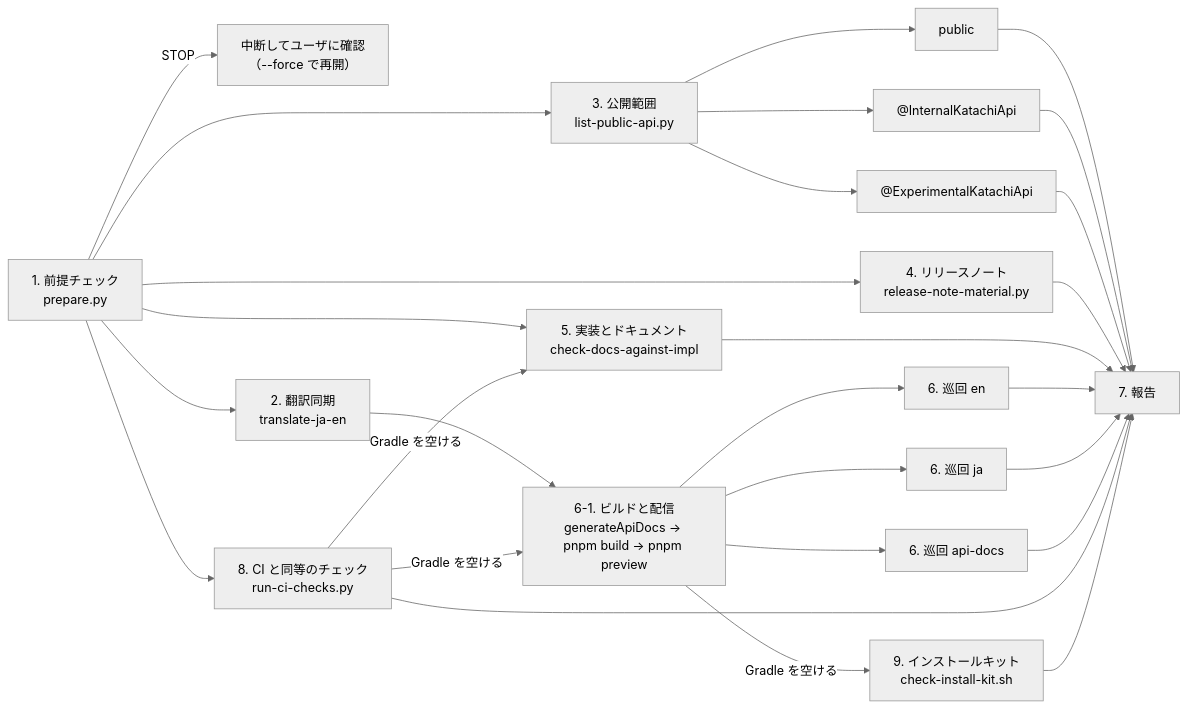
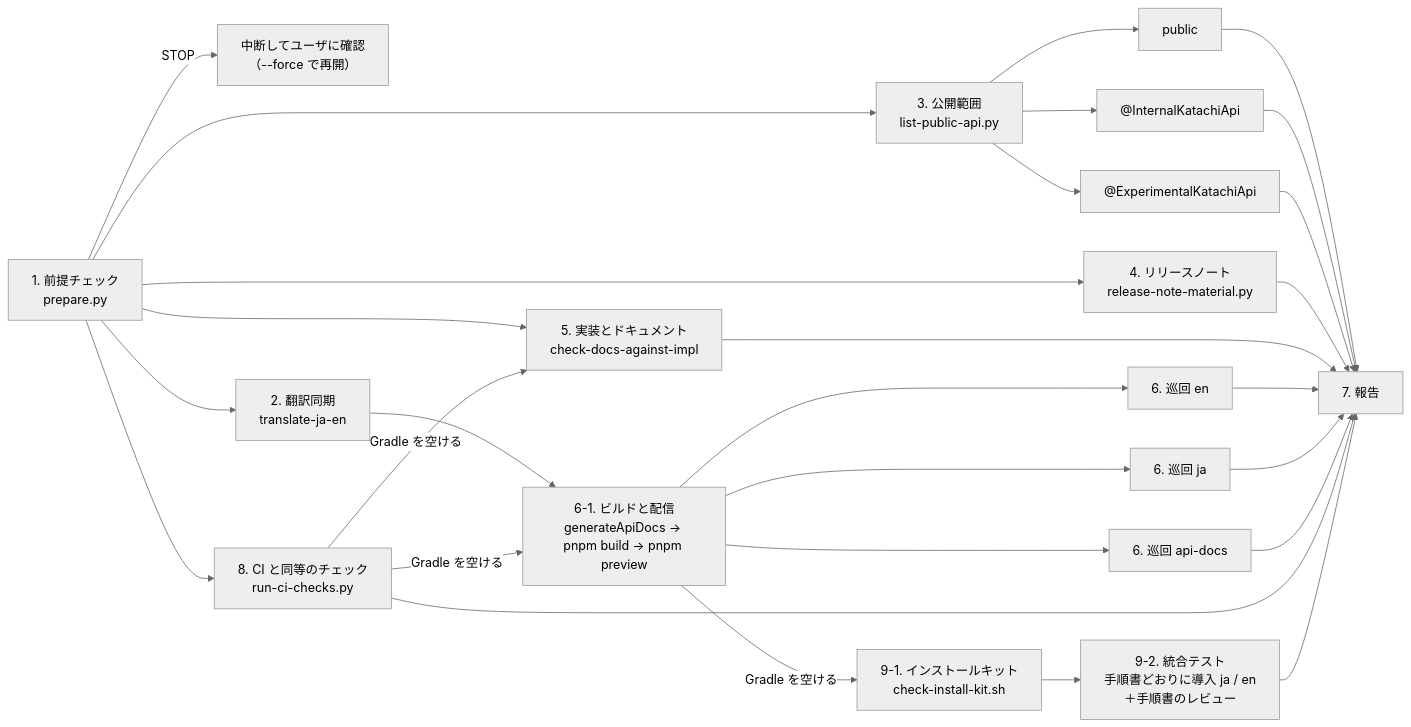
Before and after one commit to TBSten/katachi: the diagram in .claude/skills/prerelease/SKILL.md, drawn with Mermaid (neutral theme). The commit also changed other lines of this file and 3 other files, not shown here.

````diff
--- a/.claude/skills/prerelease/SKILL.md
+++ b/.claude/skills/prerelease/SKILL.md
@@ -20,15 +20,16 @@
 ```mermaid
 flowchart LR
     P["1. 前提チェック<br/>prepare.py"] -- " STOP " --> Ask["中断してユーザに確認<br/>（--force で再開）"]
     P --> T["2. 翻訳同期<br/>translate-ja-en"]
     P --> V["3. 公開範囲<br/>list-public-api.py"]
     P --> R["4. リリースノート<br/>release-note-material.py"]
     P --> D["5. 実装とドキュメント<br/>check-docs-against-impl"]
     P --> CI["8. CI と同等のチェック<br/>run-ci-checks.py"]
     V --> V1["public"] & V2["@InternalKatachiApi"] & V3["@ExperimentalKatachiApi"]
     T --> B["6-1. ビルドと配信<br/>generateApiDocs → pnpm build → pnpm preview"]
     B --> C1["6. 巡回 en"] & C2["6. 巡回 ja"] & C3["6. 巡回 api-docs"]
     CI -- " Gradle を空ける " --> D & B
-    B -- " Gradle を空ける " --> IK["9. インストールキット<br/>check-install-kit.sh"]
-    V1 & V2 & V3 & R & D & C1 & C2 & C3 & CI & IK --> Rep["7. 報告"]
+    B -- " Gradle を空ける " --> IK["9-1. インストールキット<br/>check-install-kit.sh"]
+    IK --> IE["9-2. 統合テスト<br/>手順書どおりに導入 ja / en<br/>＋手順書のレビュー"]
+    V1 & V2 & V3 & R & D & C1 & C2 & C3 & CI & IE --> Rep["7. 報告"]
 ```
````
